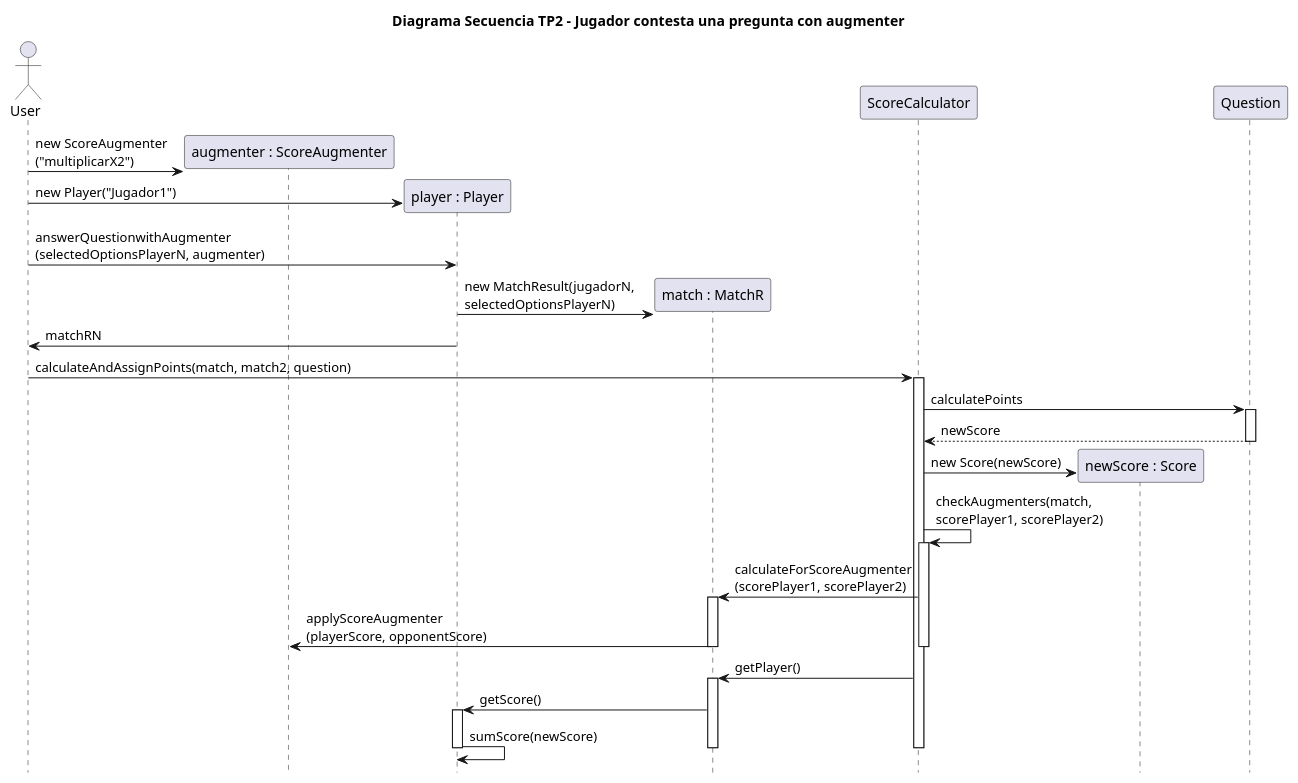
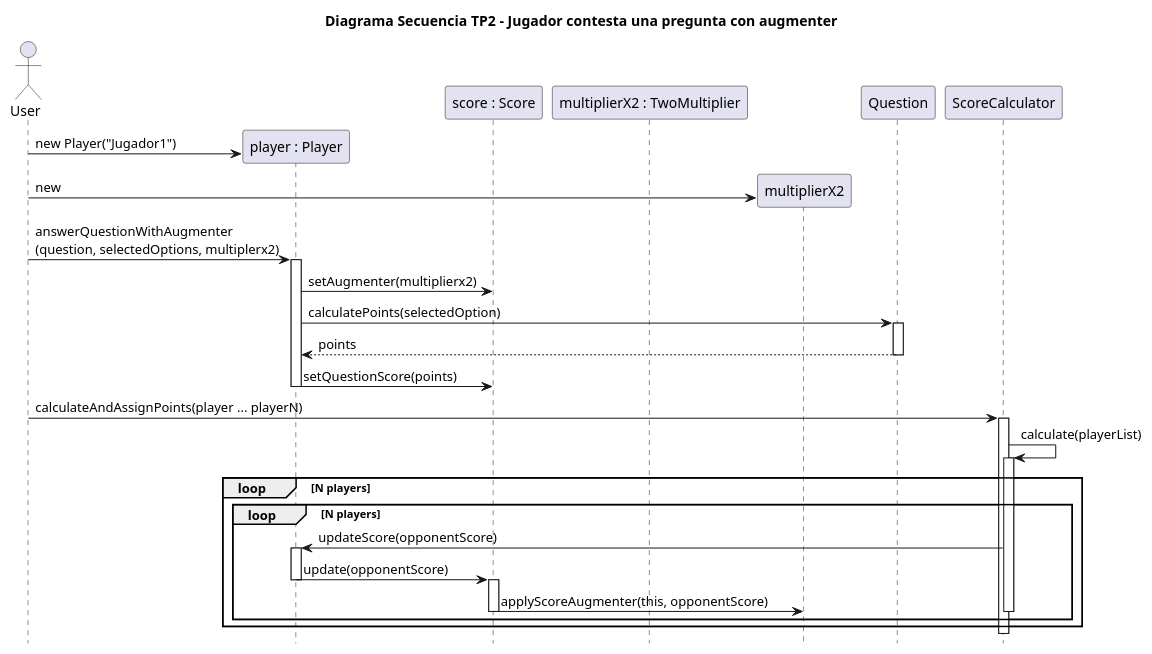
One commit to diegosanchez/TP2-Kahoot changed the diagram in docs/DiagramaSecuencia-ConestarPreguntaconAugmenter.plantuml. Above: the diagram before and after it, drawn with PlantUML. The commit also changed other lines of this file and 13 other files, not shown here.

First line of the commit message:
Actualización de Diagramas

```diff
--- a/docs/DiagramaSecuencia-ConestarPreguntaconAugmenter.plantuml
+++ b/docs/DiagramaSecuencia-ConestarPreguntaconAugmenter.plantuml
@@ -2,50 +1,47 @@
 @startuml
 
 actor User
 title Diagrama Secuencia TP2 - Jugador contesta una pregunta con augmenter
 hide footbox
 
-participant "augmenter : ScoreAugmenter" as augmenter
 participant "player : Player" as player
+participant "score : Score" as score
+participant "multiplierX2 : TwoMultiplier" as multiplierx2
 
-User -> augmenter ** : new ScoreAugmenter\n("multiplicarX2")
 User -> player ** : new Player("Jugador1")
+User -> multiplierX2** : new 
+User -> player : answerQuestionWithAugmenter\n(question, selectedOptions, multiplerx2)
+activate player
 
-participant "match : MatchR" as match
+player -> score : setAugmenter(multiplierx2) 
 
-User -> player : answerQuestionwithAugmenter\n(selectedOptionsPlayerN, augmenter)
-player -> match **: new MatchResult(jugadorN, \nselectedOptionsPlayerN)
-player -> User : matchRN
+player -> Question : calculatePoints(selectedOption)
 
-User -> ScoreCalculator : calculateAndAssignPoints(match, match2, question)
+activate Question
+Question --> player : points
+deactivate Question
+
+player -> score : setQuestionScore(points)
+deactivate player
+
+User -> ScoreCalculator : calculateAndAssignPoints(player ... playerN)
 activate ScoreCalculator
 
+ScoreCalculator -> ScoreCalculator : calculate(playerList)
+activate ScoreCalculator
+loop N players
+loop N players
+ScoreCalculator -> player : updateScore(opponentScore)
+activate player
+player -> score : update(opponentScore)
+deactivate player
+activate score
+score -> multiplierX2 : applyScoreAugmenter(this, opponentScore)
+deactivate score
 
-participant "newScore : Score" as puntaje
-ScoreCalculator -> Question : calculatePoints
-activate Question
-Question --> ScoreCalculator : newScore
-deactivate Question
-
-ScoreCalculator -> puntaje **: new Score(newScore)
-
-ScoreCalculator -> ScoreCalculator : checkAugmenters(match, \nscorePlayer1, scorePlayer2)
-activate ScoreCalculator
-ScoreCalculator -> match : calculateForScoreAugmenter\n(scorePlayer1, scorePlayer2)
-activate match
-match -> augmenter : applyScoreAugmenter\n(playerScore, opponentScore)
-deactivate match
 deactivate ScoreCalculator
-
-ScoreCalculator -> match : getPlayer()
-activate match
-match -> player : getScore()
-activate player
-player -> player : sumScore(newScore)
-deactivate player
-deactivate match
-
-
+end loop
+end loop
 deactivate ScoreCalculator
 
 @enduml
```
